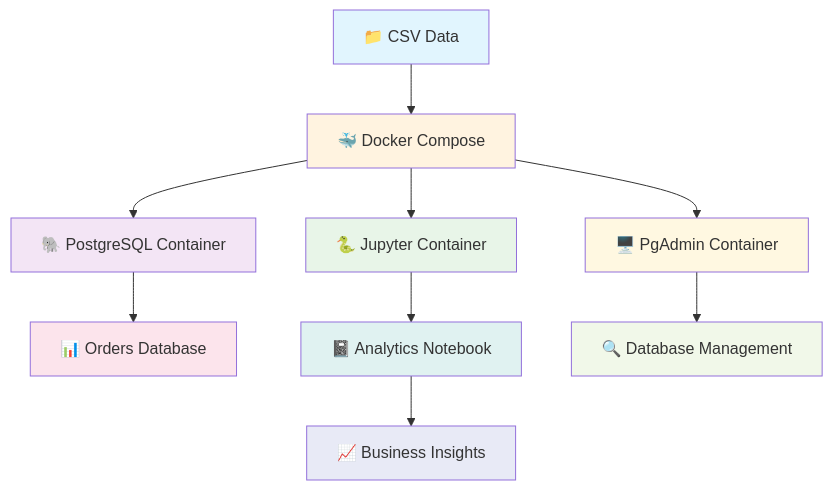
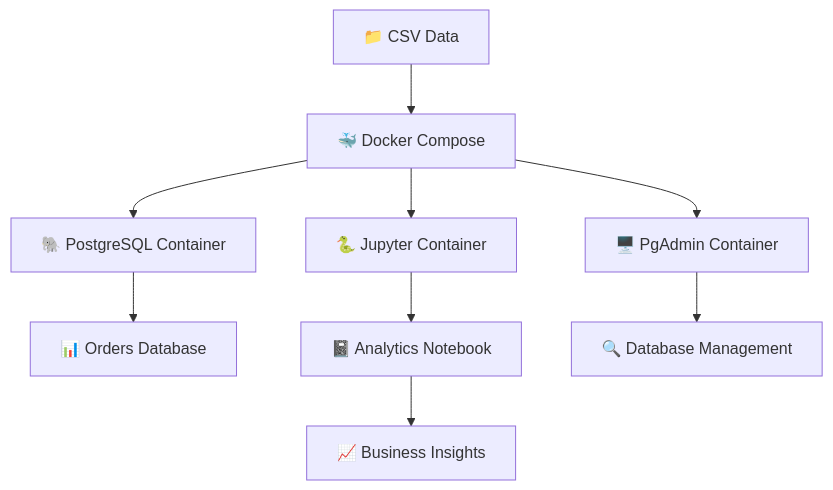
One commit to mel-harc/SalesScope-Analytics-Lab changed the diagram in README.md. Above: the diagram before and after it, drawn with Mermaid. The commit also changed other lines of this file, not shown here.

Commit message:
mel-harc <Refacto> change some lines in readme file

````diff
--- a/README.md
+++ b/README.md
@@ -57,23 +57,13 @@
 ```mermaid
 graph TB
     A[📁 CSV Data] --> B[🐳 Docker Compose]
     B --> C[🐘 PostgreSQL Container]
     B --> D[🐍 Jupyter Container]
     B --> E[🖥️ PgAdmin Container]
     
     C --> F[📊 Orders Database]
     D --> G[📓 Analytics Notebook]
     E --> H[🔍 Database Management]
     
     G --> I[📈 Business Insights]
-    
-    style A fill:#e1f5fe
-    style B fill:#fff3e0
-    style C fill:#f3e5f5
-    style D fill:#e8f5e8
-    style E fill:#fff8e1
-    style F fill:#fce4ec
-    style G fill:#e0f2f1
-    style H fill:#f1f8e9
-    style I fill:#e8eaf6
 ```
````
